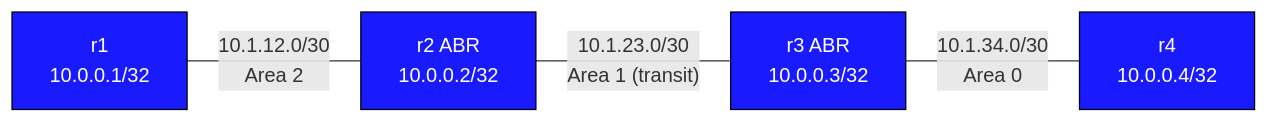
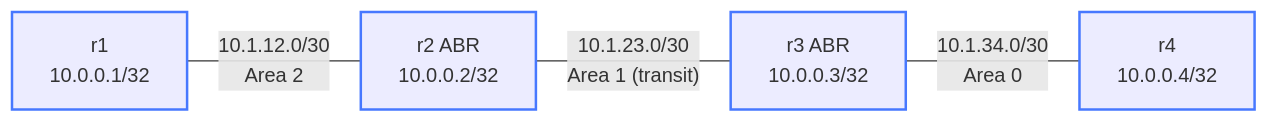
The diagram in labs/ospf-virtual-link/README.md (jschless/networkingLabs), drawn with Mermaid before and after one commit. The commit also changed 250 other files, not shown here.

Commit message:
Fix unreadable topology diagrams, convert ASCII art, publish assessments (#57)

````diff
--- a/labs/ospf-virtual-link/README.md
+++ b/labs/ospf-virtual-link/README.md
@@ -11,14 +11,14 @@
 ```mermaid
 flowchart LR
-    r1["r1\n10.0.0.1/32"]
-    r2["r2 ABR\n10.0.0.2/32"]
-    r3["r3 ABR\n10.0.0.3/32"]
-    r4["r4\n10.0.0.4/32"]
+    r1["r1<br/>10.0.0.1/32"]
+    r2["r2 ABR<br/>10.0.0.2/32"]
+    r3["r3 ABR<br/>10.0.0.3/32"]
+    r4["r4<br/>10.0.0.4/32"]
 
-    r1 -- "10.1.12.0/30\nArea 2" --- r2
-    r2 -- "10.1.23.0/30\nArea 1 (transit)" --- r3
-    r3 -- "10.1.34.0/30\nArea 0" --- r4
+    r1 -- "10.1.12.0/30<br/>Area 2" --- r2
+    r2 -- "10.1.23.0/30<br/>Area 1 (transit)" --- r3
+    r3 -- "10.1.34.0/30<br/>Area 0" --- r4
 
-    classDef router fill:#1a1aff,color:#fff,stroke:#000
+    classDef router stroke:#4778ff,stroke-width:2px
     class r1,r2,r3,r4 router
 ```
````
